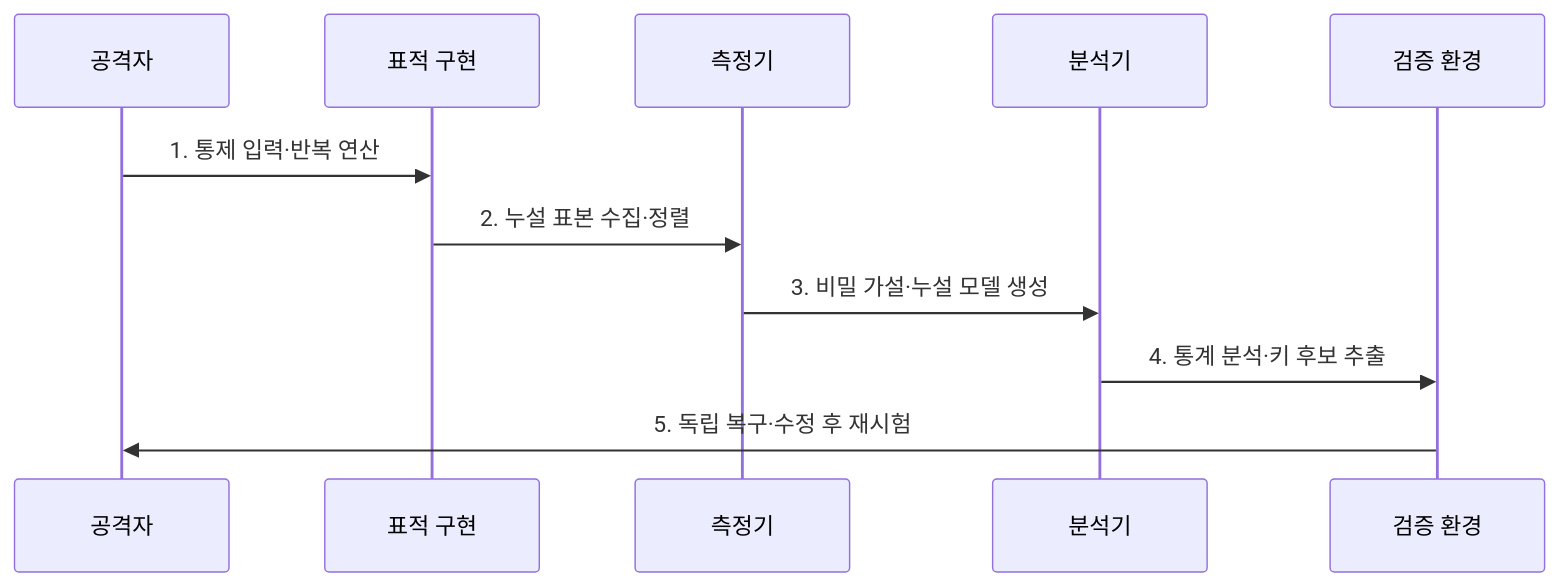
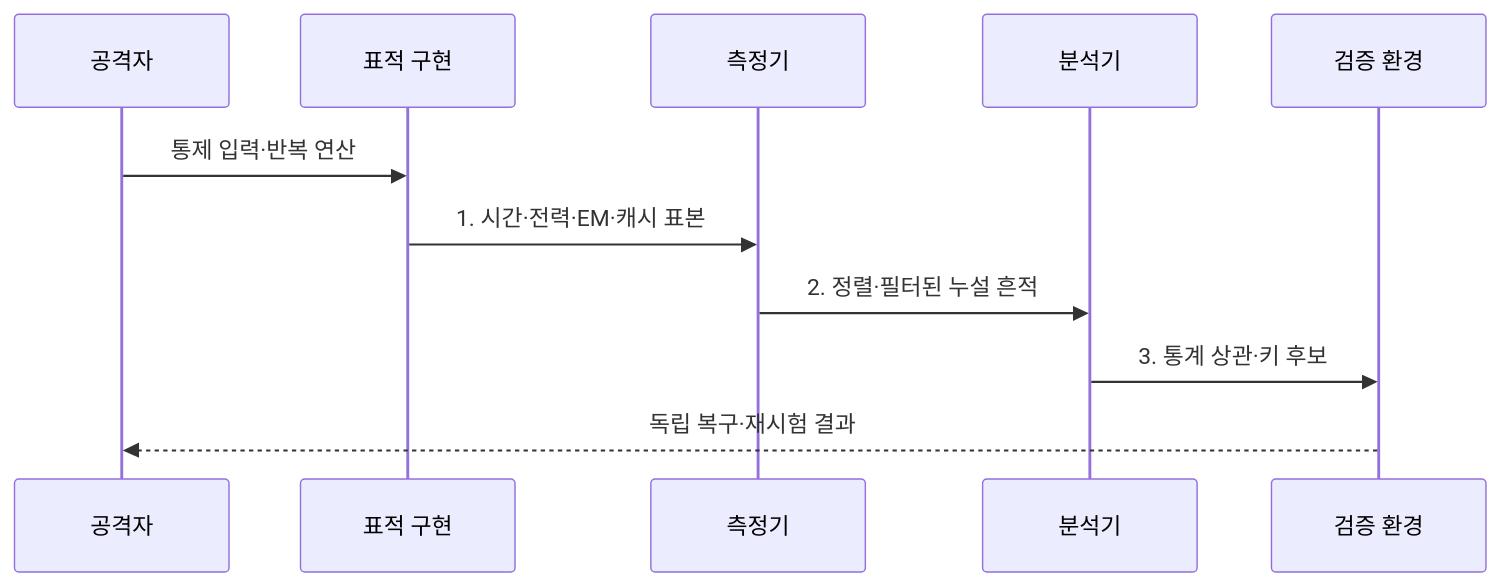
Before and after one commit to agnusdei1207/knowledge-base: the second of 2 diagrams in src/content/docs/notes/05-security/130_side_channel_attack.md, drawn with Mermaid. The commit also changed other lines of this file and 20 other files, not shown here.

````diff
--- a/src/content/docs/notes/05-security/130_side_channel_attack.md
+++ b/src/content/docs/notes/05-security/130_side_channel_attack.md
@@ -82,13 +82,13 @@
 ```mermaid
 sequenceDiagram
   participant A as 공격자
   participant T as 표적 구현
   participant M as 측정기
   participant N as 분석기
   participant V as 검증 환경
-  A->>T: 1. 통제 입력·반복 연산
-  T->>M: 2. 누설 표본 수집·정렬
-  M->>N: 3. 비밀 가설·누설 모델 생성
-  N->>V: 4. 통계 분석·키 후보 추출
-  V->>A: 5. 독립 복구·수정 후 재시험
+  A->>T: 통제 입력·반복 연산
+  T->>M: 1. 시간·전력·EM·캐시 표본
+  M->>N: 2. 정렬·필터된 누설 흔적
+  N->>V: 3. 통계 상관·키 후보
+  V-->>A: 독립 복구·재시험 결과
 ```
````
